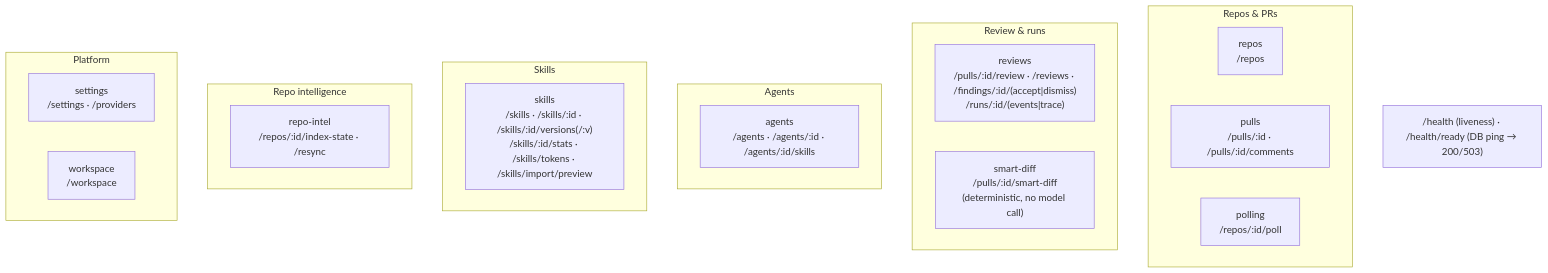
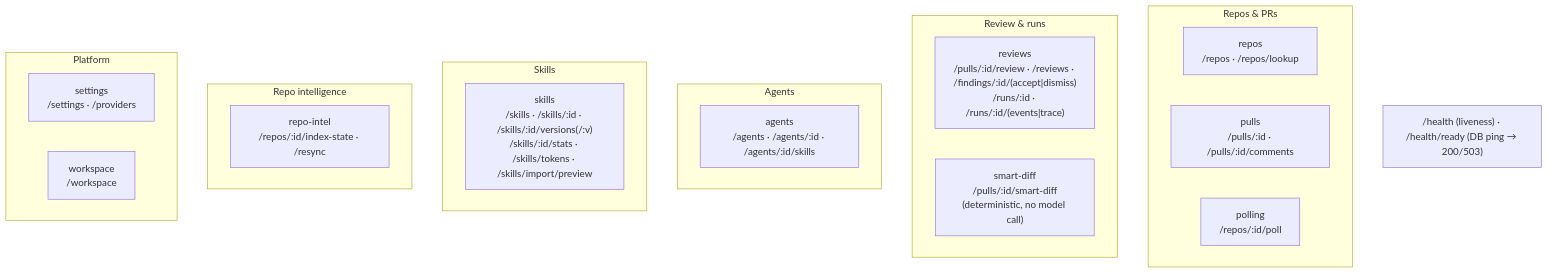
One commit to Svyat90/dev-digest changed the second of 2 diagrams in server/README.md. Above: the diagram before and after it, drawn with Mermaid. The commit also changed 7 other files, not shown here.

````diff
--- a/server/README.md
+++ b/server/README.md
@@ -64,26 +64,26 @@
 ```mermaid
 flowchart TB
   subgraph Repos_PRs["Repos & PRs"]
-    repos["repos<br/>/repos"]
+    repos["repos<br/>/repos · /repos/lookup"]
     pulls["pulls<br/>/pulls/:id · /pulls/:id/comments"]
     polling["polling<br/>/repos/:id/poll"]
   end
   subgraph Review["Review & runs"]
-    reviews["reviews<br/>/pulls/:id/review · /reviews · /findings/:id/(accept|dismiss)<br/>/runs/:id/(events|trace)"]
+    reviews["reviews<br/>/pulls/:id/review · /reviews · /findings/:id/(accept|dismiss)<br/>/runs/:id · /runs/:id/(events|trace)"]
     smartDiff["smart-diff<br/>/pulls/:id/smart-diff<br/>(deterministic, no model call)"]
   end
   subgraph Agents["Agents"]
     agents["agents<br/>/agents · /agents/:id · /agents/:id/skills"]
   end
   subgraph Skills["Skills"]
     skills["skills<br/>/skills · /skills/:id · /skills/:id/versions(/:v)<br/>/skills/:id/stats · /skills/tokens · /skills/import/preview"]
   end
   subgraph Intel["Repo intelligence"]
     repoIntel["repo-intel<br/>/repos/:id/index-state · /resync"]
   end
   subgraph Platform["Platform"]
     settings["settings<br/>/settings · /providers"]
     workspace["workspace<br/>/workspace"]
   end
   HEALTH["/health (liveness) · /health/ready (DB ping → 200/503)"]
 ```
````
